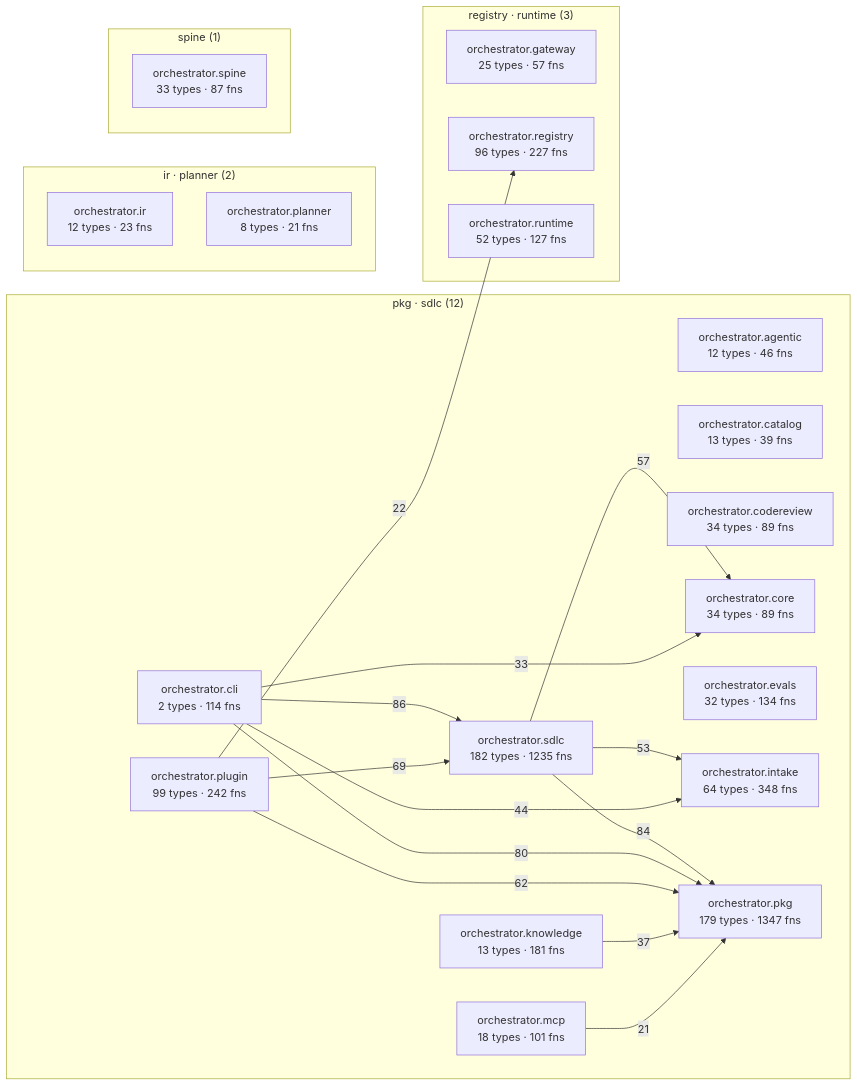
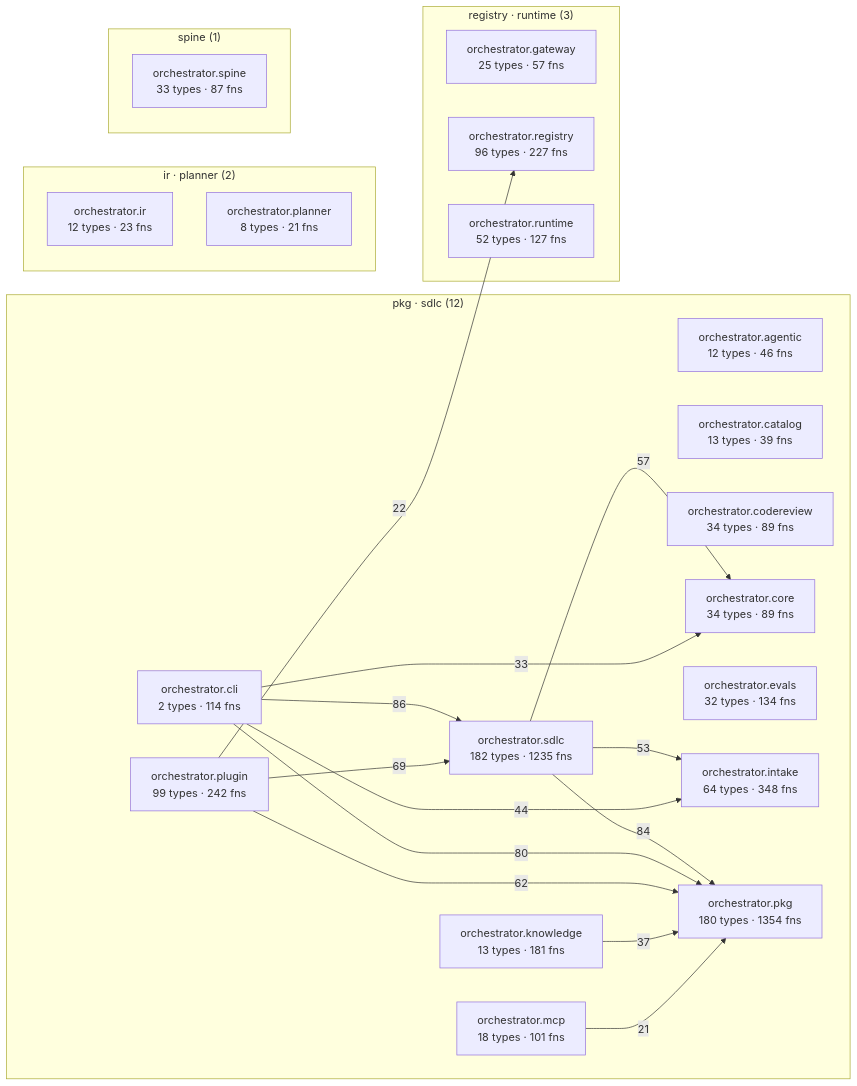
The diagram in episteme/architecture.md (synaptixs/spine), drawn with Mermaid before and after one commit. The commit also changed other lines of this file and 25 other files, not shown here.

````diff
--- a/episteme/architecture.md
+++ b/episteme/architecture.md
@@ -56,41 +56,41 @@
 ```mermaid
 flowchart LR
   subgraph c_2["pkg · sdlc (12)"]
     aorchestratoragentic["orchestrator.agentic<br/>12 types · 46 fns"]
     aorchestratorcatalog["orchestrator.catalog<br/>13 types · 39 fns"]
     aorchestratorcli["orchestrator.cli<br/>2 types · 114 fns"]
     aorchestratorcodereview["orchestrator.codereview<br/>34 types · 89 fns"]
     aorchestratorcore["orchestrator.core<br/>34 types · 89 fns"]
     aorchestratorevals["orchestrator.evals<br/>32 types · 134 fns"]
     aorchestratorintake["orchestrator.intake<br/>64 types · 348 fns"]
     aorchestratorknowledge["orchestrator.knowledge<br/>13 types · 181 fns"]
     aorchestratormcp["orchestrator.mcp<br/>18 types · 101 fns"]
-    aorchestratorpkg["orchestrator.pkg<br/>179 types · 1347 fns"]
+    aorchestratorpkg["orchestrator.pkg<br/>180 types · 1354 fns"]
     aorchestratorplugin["orchestrator.plugin<br/>99 types · 242 fns"]
     aorchestratorsdlc["orchestrator.sdlc<br/>182 types · 1235 fns"]
   end
   subgraph c_5["registry · runtime (3)"]
     aorchestratorgateway["orchestrator.gateway<br/>25 types · 57 fns"]
     aorchestratorregistry["orchestrator.registry<br/>96 types · 227 fns"]
     aorchestratorruntime["orchestrator.runtime<br/>52 types · 127 fns"]
   end
   subgraph c_7["ir · planner (2)"]
     aorchestratorir["orchestrator.ir<br/>12 types · 23 fns"]
     aorchestratorplanner["orchestrator.planner<br/>8 types · 21 fns"]
   end
   subgraph c_12["spine (1)"]
     aorchestratorspine["orchestrator.spine<br/>33 types · 87 fns"]
   end
   aorchestratorcli -->|86| aorchestratorsdlc
   aorchestratorsdlc -->|84| aorchestratorpkg
   aorchestratorcli -->|80| aorchestratorpkg
   aorchestratorplugin -->|69| aorchestratorsdlc
   aorchestratorplugin -->|62| aorchestratorpkg
   aorchestratorsdlc -->|57| aorchestratorcore
   aorchestratorsdlc -->|53| aorchestratorintake
   aorchestratorcli -->|44| aorchestratorintake
   aorchestratorknowledge -->|37| aorchestratorpkg
   aorchestratorcli -->|33| aorchestratorcore
   aorchestratorplugin -->|22| aorchestratorregistry
   aorchestratormcp -->|21| aorchestratorpkg
 ```
````
